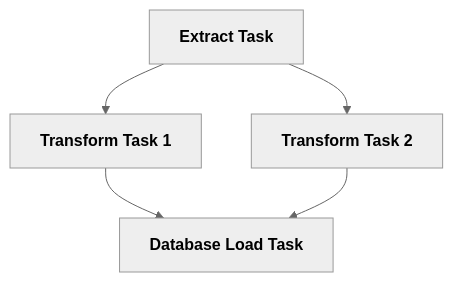
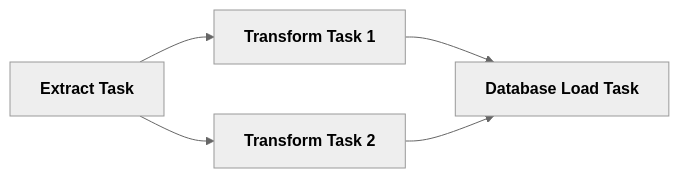
One commit to ExpandThenSimplify/RiskDAG changed the first of 2 diagrams in README.md. Above: the diagram before and after it, drawn with Mermaid (neutral theme). The commit also changed other lines of this file, not shown here.

Commit message:
Left to right format

````diff
--- a/README.md
+++ b/README.md
@@ -9,8 +9,8 @@
 ```mermaid
-graph TD;
+graph LR;
     E["<b>Extract Task</b>"] --> T1[<b>Transform Task 1];
     E --> T2[<b>Transform Task 2];
     T1 --> L["<b>Database Load Task</b>"];
     T2 --> L;
     
 ```
````
